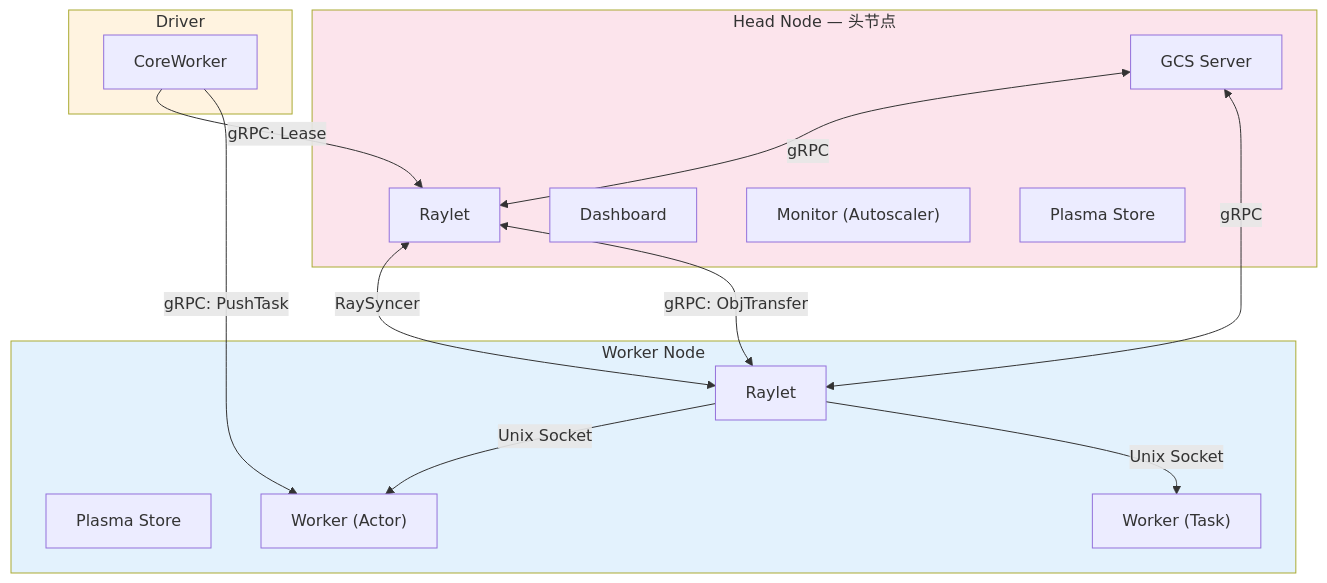
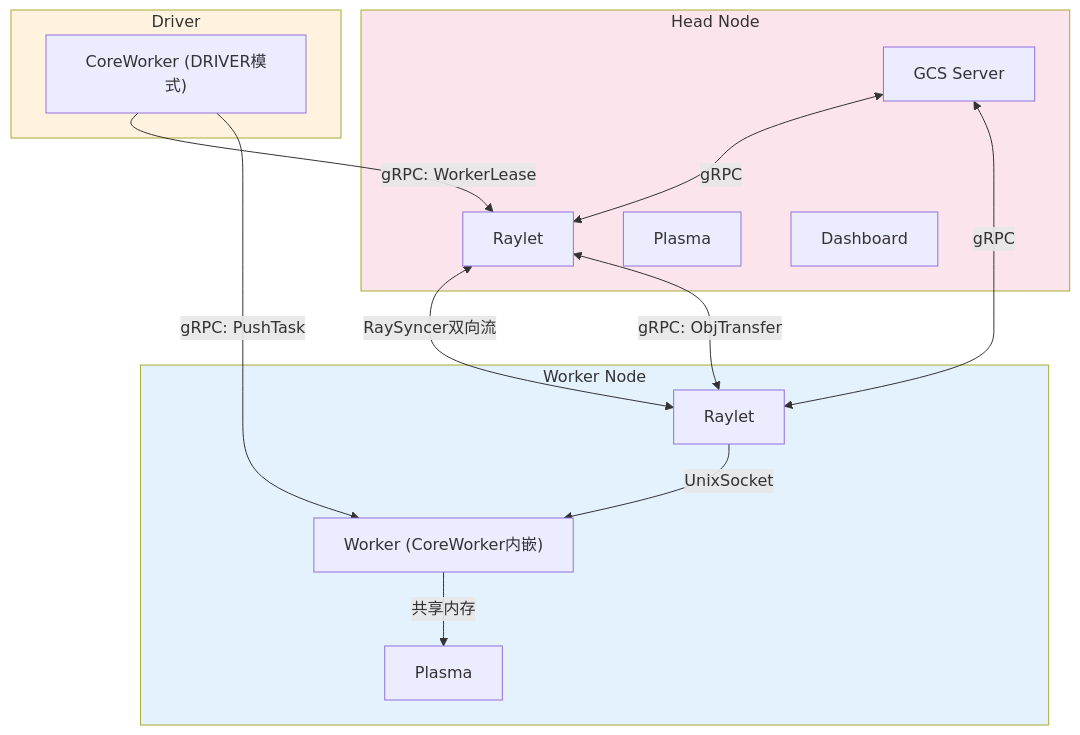
One commit to wangguimin18-boop/ray-project changed the first of 6 diagrams in doc/source/ray-core/ray-architecture-overview.md. Above: the diagram before and after it, drawn with Mermaid. The commit also changed other lines of this file, not shown here.

````diff
--- a/doc/source/ray-core/ray-architecture-overview.md
+++ b/doc/source/ray-core/ray-architecture-overview.md
@@ -478,34 +284,32 @@
 ```mermaid
 graph TB
-    subgraph HeadNode["Head Node — 头节点"]
+    subgraph Head["Head Node"]
         GCS["GCS Server"]
-        HRaylet["Raylet"]
-        HDashboard["Dashboard"]
-        HMonitor["Monitor (Autoscaler)"]
-        HPlasma["Plasma Store"]
+        HRL["Raylet"]
+        HPL["Plasma"]
+        HDASH["Dashboard"]
     end
 
-    subgraph WNode["Worker Node"]
-        WRaylet["Raylet"]
-        WPlasma["Plasma Store"]
-        WWorkerA["Worker (Actor)"]
-        WWorkerB["Worker (Task)"]
+    subgraph WN["Worker Node"]
+        WRL["Raylet"]
+        WPL["Plasma"]
+        WW["Worker (CoreWorker内嵌)"]
     end
 
-    subgraph DriverP["Driver"]
-        DriverCW["CoreWorker"]
+    subgraph DRV["Driver"]
+        DCW["CoreWorker (DRIVER模式)"]
     end
 
-    GCS <-->|"gRPC"| HRaylet
-    GCS <-->|"gRPC"| WRaylet
-    HRaylet <-->|"RaySyncer"| WRaylet
-    DriverCW -->|"gRPC: Lease"| HRaylet
-    DriverCW -->|"gRPC: PushTask"| WWorkerA
-    WRaylet -->|"Unix Socket"| WWorkerA
-    WRaylet -->|"Unix Socket"| WWorkerB
-    WRaylet <-->|"gRPC: ObjTransfer"| HRaylet
+    GCS <-->|"gRPC"| HRL
+    GCS <-->|"gRPC"| WRL
+    HRL <-->|"RaySyncer双向流"| WRL
+    DCW -->|"gRPC: WorkerLease"| HRL
+    DCW -->|"gRPC: PushTask"| WW
+    WRL -->|"UnixSocket"| WW
+    WW -->|"共享内存"| WPL
+    WRL <-->|"gRPC: ObjTransfer"| HRL
 
-    style HeadNode fill:#fce4ec
-    style WNode fill:#e3f2fd
-    style DriverP fill:#fff3e0
+    style Head fill:#fce4ec
+    style WN fill:#e3f2fd
+    style DRV fill:#fff3e0
 ```
````
